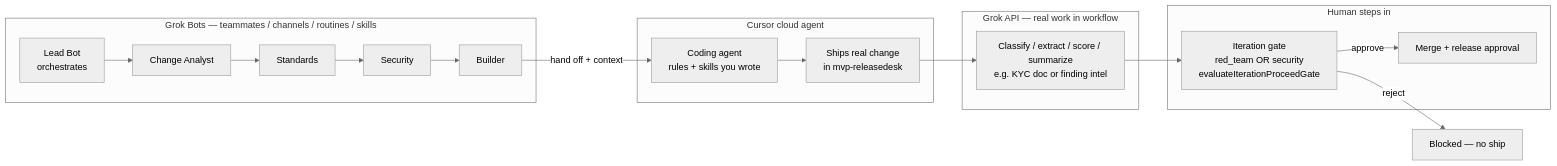
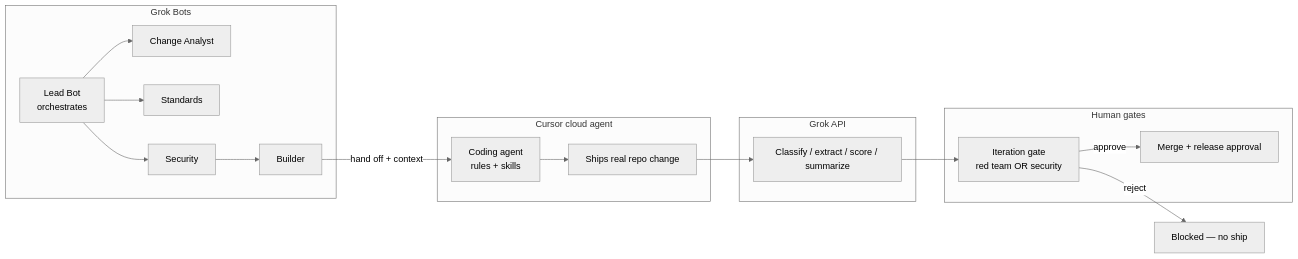
Before and after one commit to vishamathur/mvp-releasedesk: the diagram in docs/spacexai-demo-slides.md, drawn with Mermaid (neutral theme). The commit also changed other lines of this file and 19 other files, not shown here.

````diff
--- a/docs/spacexai-demo-slides.md
+++ b/docs/spacexai-demo-slides.md
@@ -43,32 +44,35 @@
 ```mermaid
 flowchart LR
-  subgraph GrokBots["Grok Bots — teammates / channels / routines / skills"]
+  subgraph GrokBots["Grok Bots"]
     Lead["Lead Bot<br/>orchestrates"]
     CA["Change Analyst"]
     Std["Standards"]
     Sec["Security"]
     Bld["Builder"]
-    Lead --> CA --> Std --> Sec --> Bld
+    Lead --> CA
+    Lead --> Std
+    Lead --> Sec
+    Sec --> Bld
   end
 
   subgraph CursorLane["Cursor cloud agent"]
-    Agent["Coding agent<br/>rules + skills you wrote"]
-    Repo["Ships real change<br/>in mvp-releasedesk"]
+    Agent["Coding agent<br/>rules + skills"]
+    Repo["Ships real repo change"]
     Agent --> Repo
   end
 
-  subgraph GrokAPI["Grok API — real work in workflow"]
-    Intel["Classify / extract / score / summarize<br/>e.g. KYC doc or finding intel"]
+  subgraph GrokAPI["Grok API"]
+    Intel["Classify / extract / score / summarize"]
   end
 
-  subgraph Humans["Human steps in"]
-    Gate["Iteration gate<br/>red_team OR security<br/>evaluateIterationProceedGate"]
+  subgraph Humans["Human gates"]
+    Gate["Iteration gate<br/>red team OR security"]
     Merge["Merge + release approval"]
   end
 
   Bld -->|"hand off + context"| Agent
   Repo --> Intel
   Intel --> Gate
   Gate -->|approve| Merge
   Gate -->|reject| Blocked["Blocked — no ship"]
 ```
````
